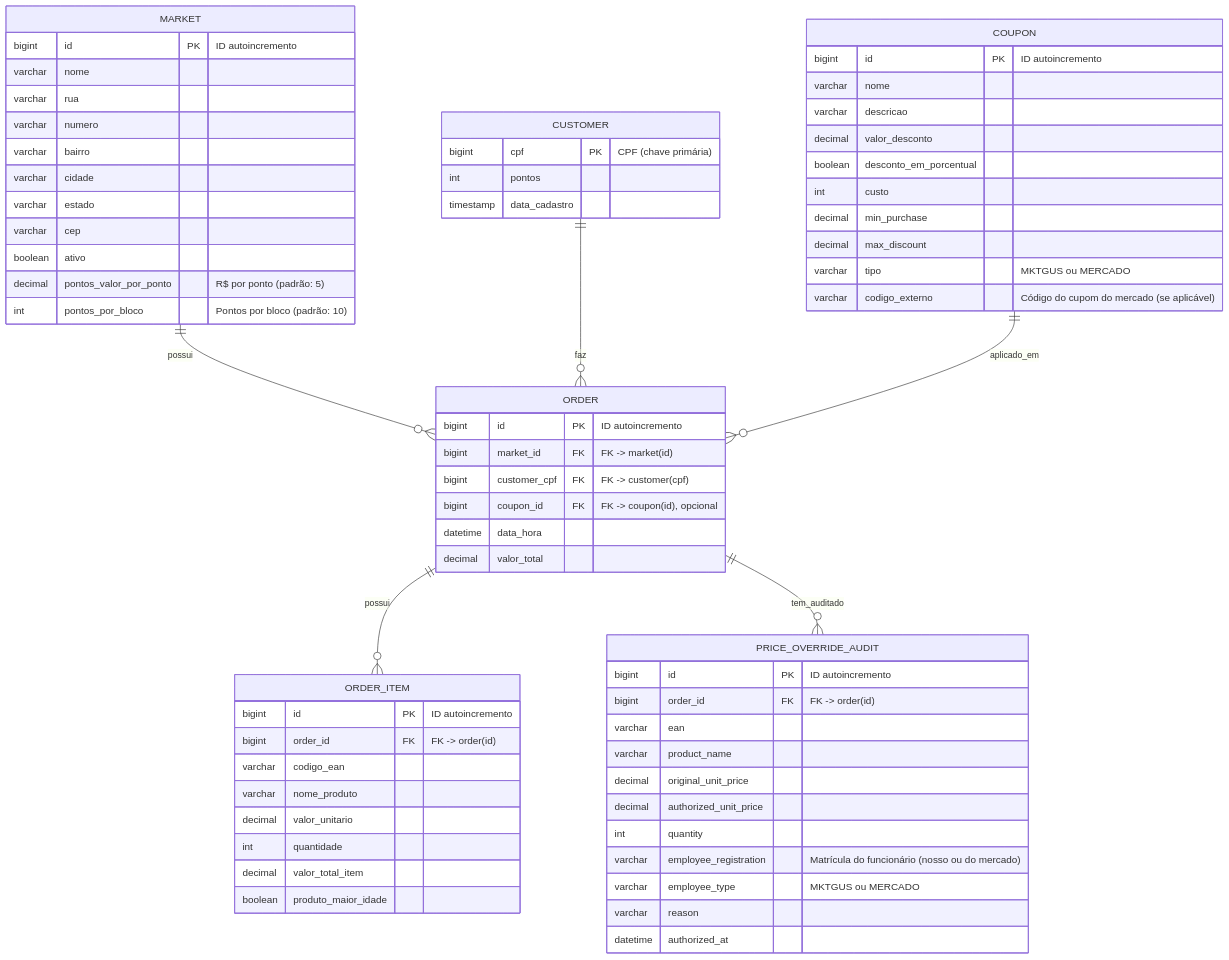
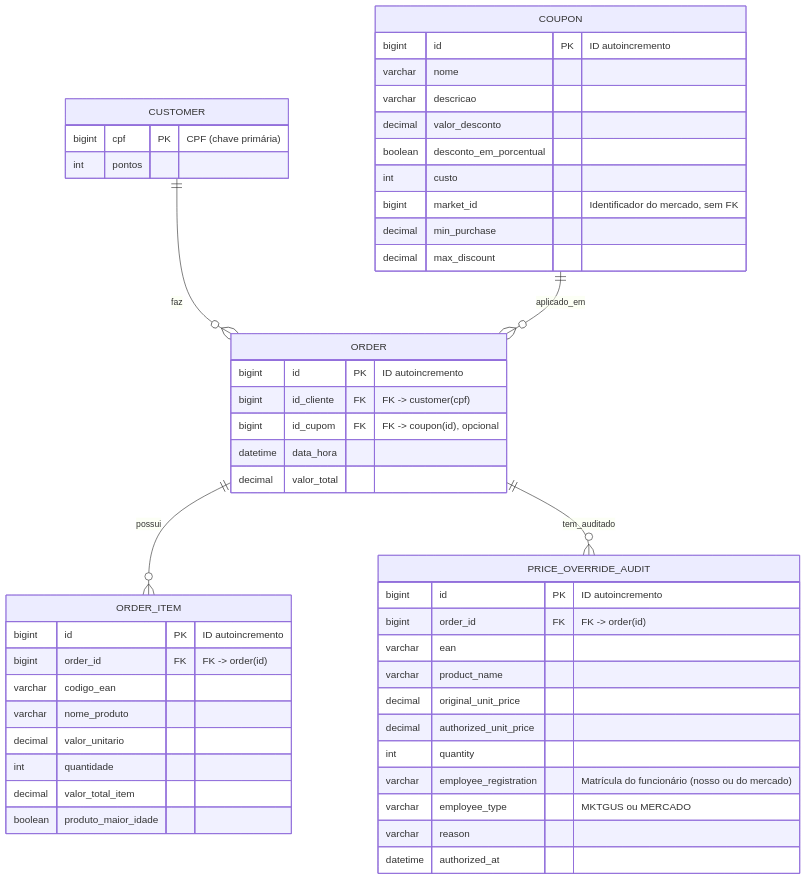
The diagram in docs/database-er-diagram.md (JoaoPires3642/MKT-GUS), drawn with Mermaid before and after one commit. The commit also changed other lines of this file and 3 other files, not shown here.

````diff
--- a/docs/database-er-diagram.md
+++ b/docs/database-er-diagram.md
@@ -5,75 +7,57 @@
 ```mermaid
 erDiagram
-    MARKET {
-        bigint id PK "ID autoincremento"
-        varchar nome
-        varchar rua
-        varchar numero
-        varchar bairro
-        varchar cidade
-        varchar estado
-        varchar cep
-        boolean ativo
-        decimal pontos_valor_por_ponto "R$ por ponto (padrão: 5)"
-        int pontos_por_bloco "Pontos por bloco (padrão: 10)"
-    }
-
     CUSTOMER {
         bigint cpf PK "CPF (chave primária)"
         int pontos
-        timestamp data_cadastro
     }
 
     COUPON {
         bigint id PK "ID autoincremento"
         varchar nome
         varchar descricao
         decimal valor_desconto
         boolean desconto_em_porcentual
         int custo
+        bigint market_id "Identificador do mercado, sem FK"
         decimal min_purchase
         decimal max_discount
-        varchar tipo "MKTGUS ou MERCADO"
-        varchar codigo_externo "Código do cupom do mercado (se aplicável)"
     }
 
     ORDER {
         bigint id PK "ID autoincremento"
-        bigint market_id FK "FK -> market(id)"
-        bigint customer_cpf FK "FK -> customer(cpf)"
-        bigint coupon_id FK "FK -> coupon(id), opcional"
+        bigint id_cliente FK "FK -> customer(cpf)"
+        bigint id_cupom FK "FK -> coupon(id), opcional"
         datetime data_hora
         decimal valor_total
     }
 
     ORDER_ITEM {
         bigint id PK "ID autoincremento"
         bigint order_id FK "FK -> order(id)"
         varchar codigo_ean
         varchar nome_produto
         decimal valor_unitario
         int quantidade
         decimal valor_total_item
         boolean produto_maior_idade
     }
 
     PRICE_OVERRIDE_AUDIT {
         bigint id PK "ID autoincremento"
         bigint order_id FK "FK -> order(id)"
         varchar ean
         varchar product_name
         decimal original_unit_price
         decimal authorized_unit_price
         int quantity
         varchar employee_registration "Matrícula do funcionário (nosso ou do mercado)"
         varchar employee_type "MKTGUS ou MERCADO"
         varchar reason
         datetime authorized_at
     }
 
-    MARKET ||--o{ ORDER : "possui"
     CUSTOMER ||--o{ ORDER : "faz"
     COUPON ||--o{ ORDER : "aplicado_em"
     ORDER ||--o{ ORDER_ITEM : "possui"
     ORDER ||--o{ PRICE_OVERRIDE_AUDIT : "tem_auditado"
 ```
````
